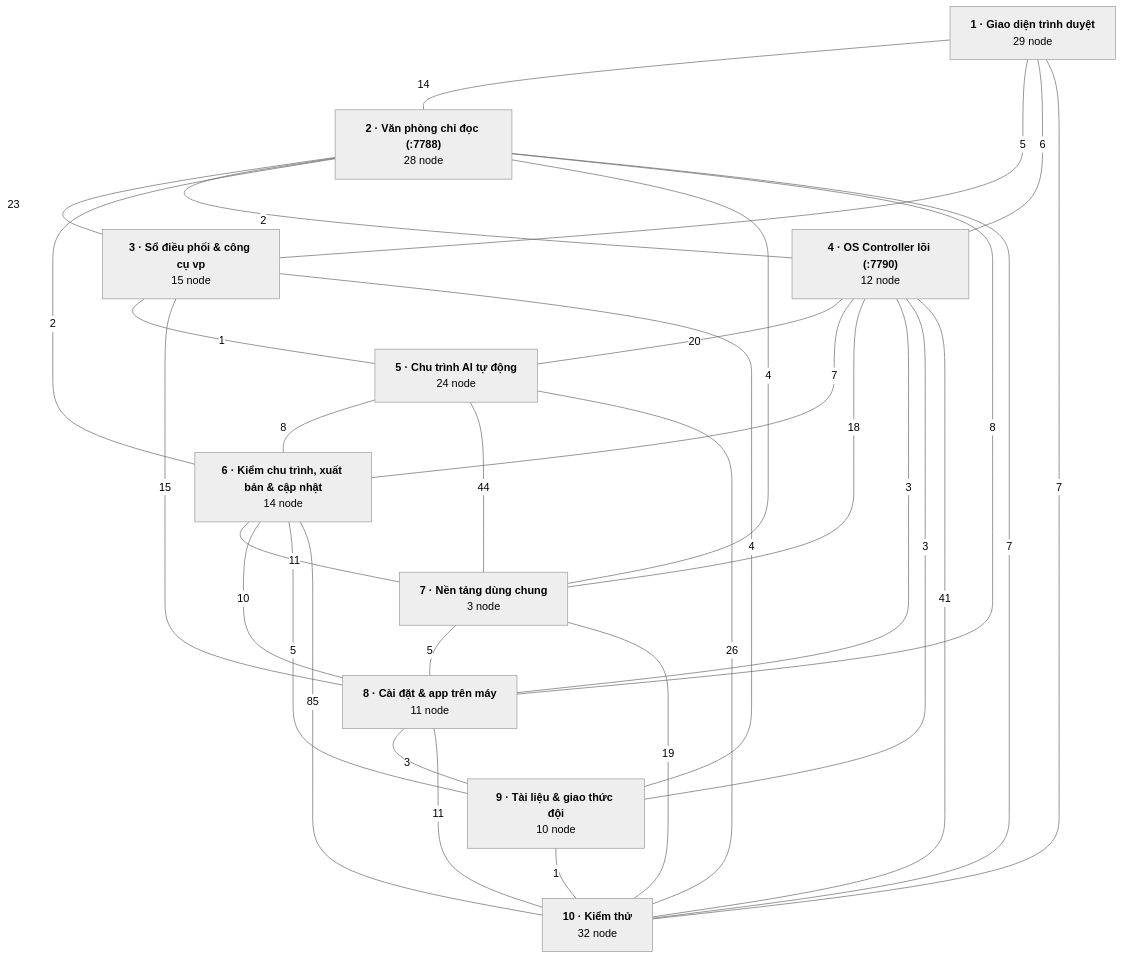
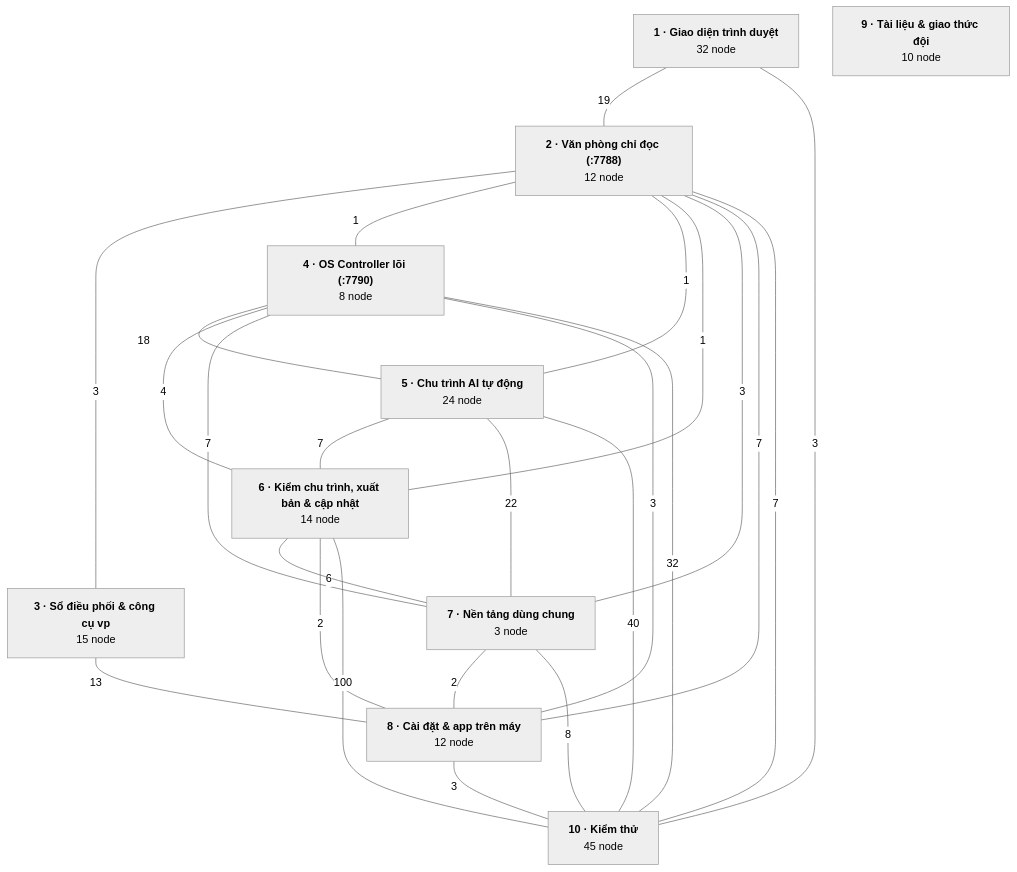
The tenth of 10 diagrams in docs/BAN-DO-HE-THONG.md (Thequancute215-sys/V-n-ph-ng-ch-nh-ph-), drawn with Mermaid (neutral theme) before and after one commit. The commit also changed other lines of this file and 9 other files, not shown here.

````diff
--- a/docs/BAN-DO-HE-THONG.md
+++ b/docs/BAN-DO-HE-THONG.md
@@ -1258,44 +1852,37 @@
 ```mermaid
 flowchart TD
-  layer_01_giao_dien["<b>1 · Giao diện trình duyệt</b><br/>29 node"]
-  layer_02_van_phong["<b>2 · Văn phòng chỉ đọc (:7788)</b><br/>28 node"]
+  layer_01_giao_dien["<b>1 · Giao diện trình duyệt</b><br/>32 node"]
+  layer_02_van_phong["<b>2 · Văn phòng chỉ đọc (:7788)</b><br/>12 node"]
   layer_03_so_dieu_phoi["<b>3 · Sổ điều phối & công cụ vp</b><br/>15 node"]
-  layer_04_os_controller["<b>4 · OS Controller lõi (:7790)</b><br/>12 node"]
+  layer_04_os_controller["<b>4 · OS Controller lõi (:7790)</b><br/>8 node"]
   layer_05_chu_trinh_ai["<b>5 · Chu trình AI tự động</b><br/>24 node"]
   layer_06_chat_luong_phat_hanh["<b>6 · Kiểm chu trình, xuất bản & cập nhật</b><br/>14 node"]
   layer_07_nen_tang["<b>7 · Nền tảng dùng chung</b><br/>3 node"]
-  layer_08_cai_dat_app["<b>8 · Cài đặt & app trên máy</b><br/>11 node"]
+  layer_08_cai_dat_app["<b>8 · Cài đặt & app trên máy</b><br/>12 node"]
   layer_09_tai_lieu["<b>9 · Tài liệu & giao thức đội</b><br/>10 node"]
-  layer_10_kiem_thu["<b>10 · Kiểm thử</b><br/>32 node"]
-  layer_01_giao_dien ---|14| layer_02_van_phong
-  layer_01_giao_dien ---|5| layer_03_so_dieu_phoi
-  layer_01_giao_dien ---|6| layer_04_os_controller
-  layer_01_giao_dien ---|7| layer_10_kiem_thu
-  layer_02_van_phong ---|23| layer_03_so_dieu_phoi
-  layer_02_van_phong ---|2| layer_04_os_controller
-  layer_02_van_phong ---|2| layer_06_chat_luong_phat_hanh
-  layer_02_van_phong ---|4| layer_07_nen_tang
-  layer_02_van_phong ---|8| layer_08_cai_dat_app
+  layer_10_kiem_thu["<b>10 · Kiểm thử</b><br/>45 node"]
+  layer_01_giao_dien ---|19| layer_02_van_phong
+  layer_01_giao_dien ---|3| layer_10_kiem_thu
+  layer_02_van_phong ---|3| layer_03_so_dieu_phoi
+  layer_02_van_phong ---|1| layer_04_os_controller
+  layer_02_van_phong ---|1| layer_05_chu_trinh_ai
+  layer_02_van_phong ---|1| layer_06_chat_luong_phat_hanh
+  layer_02_van_phong ---|3| layer_07_nen_tang
+  layer_02_van_phong ---|7| layer_08_cai_dat_app
   layer_02_van_phong ---|7| layer_10_kiem_thu
-  layer_03_so_dieu_phoi ---|1| layer_05_chu_trinh_ai
-  layer_03_so_dieu_phoi ---|15| layer_08_cai_dat_app
-  layer_03_so_dieu_phoi ---|4| layer_09_tai_lieu
-  layer_04_os_controller ---|20| layer_05_chu_trinh_ai
-  layer_04_os_controller ---|7| layer_06_chat_luong_phat_hanh
-  layer_04_os_controller ---|18| layer_07_nen_tang
+  layer_03_so_dieu_phoi ---|13| layer_08_cai_dat_app
+  layer_04_os_controller ---|18| layer_05_chu_trinh_ai
+  layer_04_os_controller ---|4| layer_06_chat_luong_phat_hanh
+  layer_04_os_controller ---|7| layer_07_nen_tang
   layer_04_os_controller ---|3| layer_08_cai_dat_app
-  layer_04_os_controller ---|3| layer_09_tai_lieu
-  layer_04_os_controller ---|41| layer_10_kiem_thu
-  layer_05_chu_trinh_ai ---|8| layer_06_chat_luong_phat_hanh
-  layer_05_chu_trinh_ai ---|44| layer_07_nen_tang
-  layer_05_chu_trinh_ai ---|26| layer_10_kiem_thu
-  layer_06_chat_luong_phat_hanh ---|11| layer_07_nen_tang
-  layer_06_chat_luong_phat_hanh ---|10| layer_08_cai_dat_app
-  layer_06_chat_luong_phat_hanh ---|5| layer_09_tai_lieu
-  layer_06_chat_luong_phat_hanh ---|85| layer_10_kiem_thu
-  layer_07_nen_tang ---|5| layer_08_cai_dat_app
-  layer_07_nen_tang ---|19| layer_10_kiem_thu
-  layer_08_cai_dat_app ---|3| layer_09_tai_lieu
-  layer_08_cai_dat_app ---|11| layer_10_kiem_thu
-  layer_09_tai_lieu ---|1| layer_10_kiem_thu
+  layer_04_os_controller ---|32| layer_10_kiem_thu
+  layer_05_chu_trinh_ai ---|7| layer_06_chat_luong_phat_hanh
+  layer_05_chu_trinh_ai ---|22| layer_07_nen_tang
+  layer_05_chu_trinh_ai ---|40| layer_10_kiem_thu
+  layer_06_chat_luong_phat_hanh ---|6| layer_07_nen_tang
+  layer_06_chat_luong_phat_hanh ---|2| layer_08_cai_dat_app
+  layer_06_chat_luong_phat_hanh ---|100| layer_10_kiem_thu
+  layer_07_nen_tang ---|2| layer_08_cai_dat_app
+  layer_07_nen_tang ---|8| layer_10_kiem_thu
+  layer_08_cai_dat_app ---|3| layer_10_kiem_thu
 ```
````
